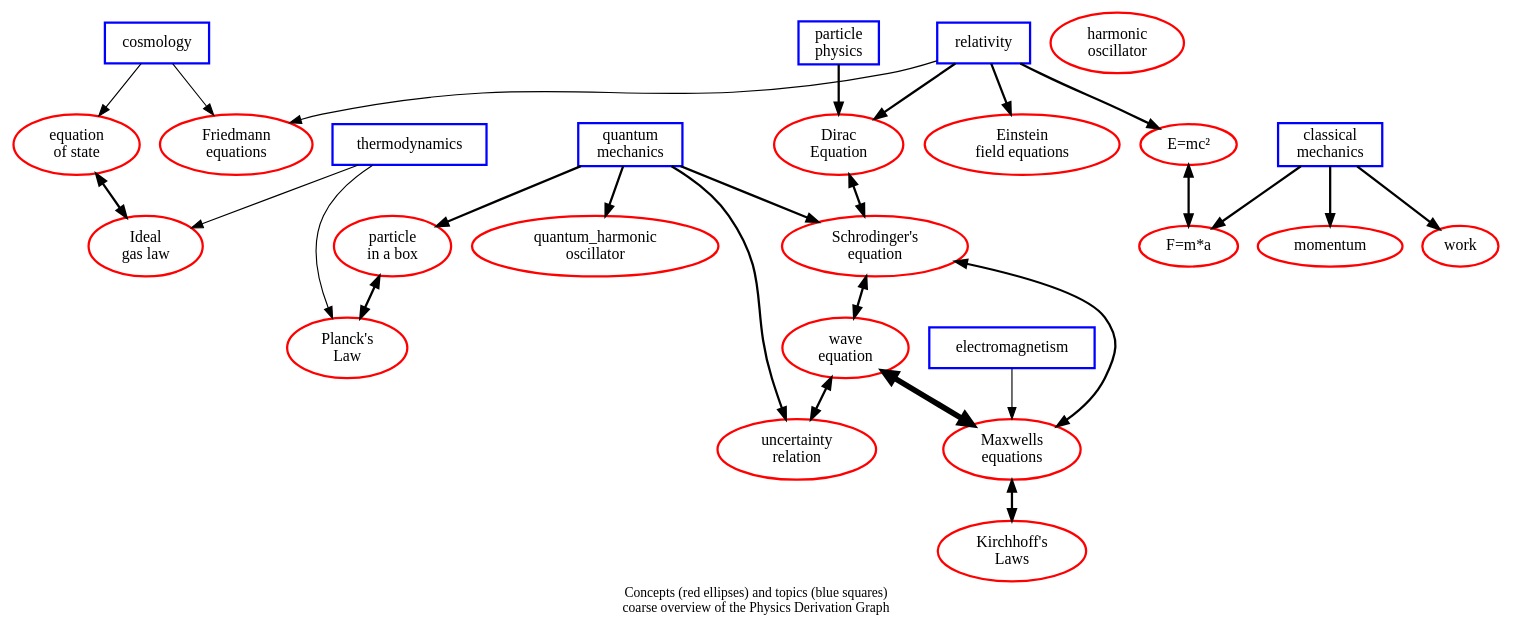
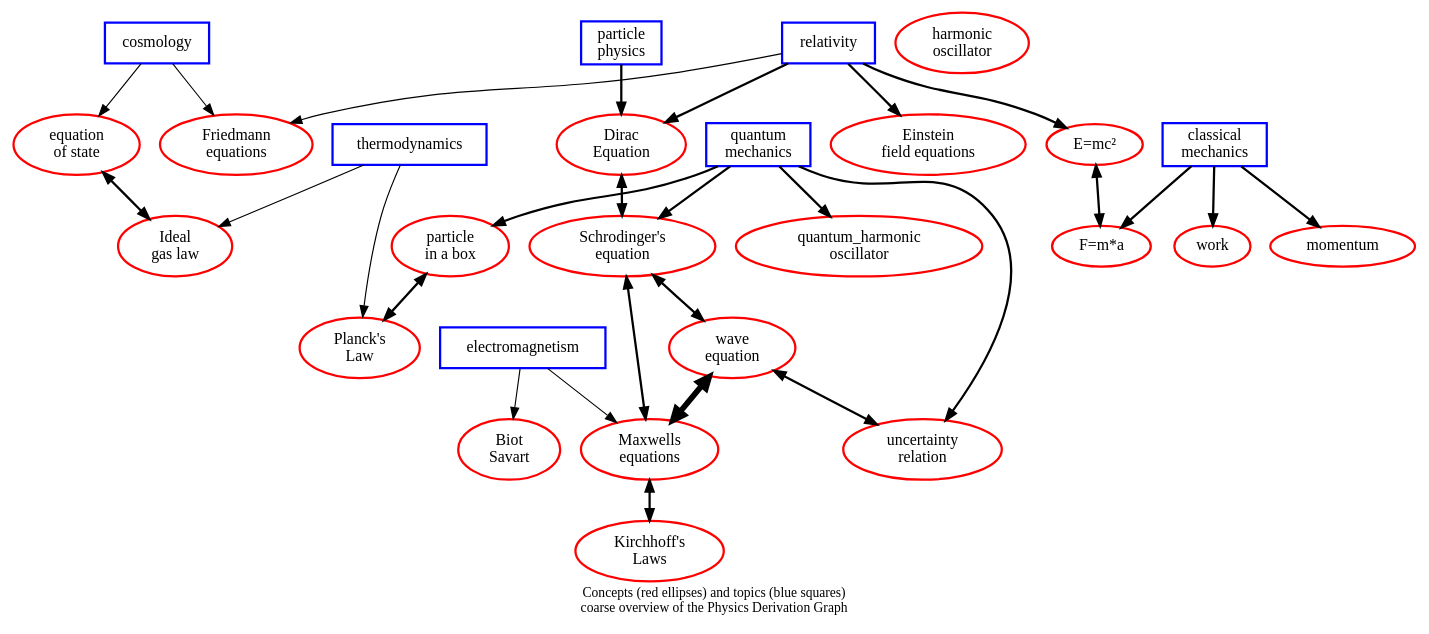
One commit to allofphysicsgraph/proofofconcept changed the diagram in site/sandbox/topic_and_concept_graph.gv. Above: the diagram before and after it, drawn with Graphviz. The commit also changed 5 other files, not shown here.

```diff
--- a/site/sandbox/topic_and_concept_graph.gv
+++ b/site/sandbox/topic_and_concept_graph.gv
@@ -1,65 +1,67 @@
 digraph topicsAndConcepts {
 node [shape=box,color=blue];  
 #  astronomy [label="astronomy"]; 
   cosmology           [                               penwidth=2,URL="https://en.wikipedia.org/wiki/Cosmology"]; 
   quantum_mechanics   [label="quantum\nmechanics",    penwidth=2,URL="https://en.wikipedia.org/wiki/Quantum_mechanics"]; 
   classical_mechanics [label="classical\nmechanics",  penwidth=2,URL="https://en.wikipedia.org/wiki/Classical_mechanics"]; 
   particle_physics    [label="particle\nphysics",     penwidth=2,URL="https://en.wikipedia.org/wiki/Particle_physics"]; 
   relativity          [                               penwidth=2,URL="https://en.wikipedia.org/wiki/Theory_of_relativity"]; 
   thermodynamics      [                               penwidth=2,URL="https://en.wikipedia.org/wiki/Thermodynamics"]; 
   electromagnetism    [                               penwidth=2,URL="https://en.wikipedia.org/wiki/Electromagnetism"]; 
 node [shape=ellipse,color=red]; 
   Schrodingers_equation    [label="Schrodinger's\nequation",  penwidth=2,URL="https://en.wikipedia.org/wiki/Schr%C3%B6dinger_equation"]; 
   particle_in_a_box        [label="particle\nin a box",       penwidth=2,URL="https://en.wikipedia.org/wiki/Particle_in_a_box"]; 
   work                     [                                  penwidth=2,URL="https://en.wikipedia.org/wiki/Work_(physics)"]; 
   "F=m*a"                  [                                  penwidth=2,URL="https://en.wikipedia.org/wiki/Newton%27s_laws_of_motion#Newton.27s_second_law"]; 
   harmonic_oscillator      [label="harmonic\noscillator",     penwidth=2,URL="https://en.wikipedia.org/wiki/Harmonic_oscillator"]; 
   quantum_harmonic_oscillator [label="quantum_harmonic\noscillator",penwidth=2,URL="https://en.wikipedia.org/wiki/Quantum_harmonic_oscillator"]; 
   momentum                 [                                  penwidth=2,URL="https://en.wikipedia.org/wiki/Momentum"]; 
   Dirac_equation           [label="Dirac\nEquation",          penwidth=2,URL="https://en.wikipedia.org/wiki/Dirac_equation"]; 
   uncertainty_relation     [label="uncertainty\nrelation",    penwidth=2,URL="https://en.wikipedia.org/wiki/Uncertainty_principle"];
   Maxwells_equations       [label="Maxwells\nequations",      penwidth=2,URL="https://en.wikipedia.org/wiki/Maxwell%27s_equations"];
+  Biot_Savart_law          [label="Biot\nSavart",             penwidth=2,URL="https://en.wikipedia.org/wiki/Biot%E2%80%93Savart_law"];
   Plancks_Law              [label="Planck's\nLaw",            penwidth=2,URL="https://en.wikipedia.org/wiki/Planck%27s_law"];
   Kirchhoffs_Laws          [label="Kirchhoff's\nLaws",        penwidth=2,URL="https://en.wikipedia.org/wiki/Kirchhoff%27s_circuit_laws"];
   wave_equation            [label="wave\nequation",           penwidth=2,URL="https://en.wikipedia.org/wiki/Wave_equation"];
   Friedmann_equations      [label="Friedmann\nequations",     penwidth=2,URL="https://en.wikipedia.org/wiki/Friedmann_equations"];
   Einstein_field_equations [label="Einstein\nfield equations",penwidth=2,URL="https://en.wikipedia.org/wiki/Einstein_field_equations"];
   Ideal_gas_law            [label="Ideal\ngas law",           penwidth=2,URL="https://en.wikipedia.org/wiki/Ideal_gas_law"];
   Cosmological_equation_of_state [label="equation\nof state", penwidth=2,URL="https://en.wikipedia.org/wiki/Equation_of_state_(cosmology)"];
   "E=mc2"                  [label="E=mc&#178;",                    penwidth=2,URL="https://en.wikipedia.org/wiki/Mass%E2%80%93energy_equivalence"];
 
 quantum_mechanics->quantum_harmonic_oscillator [penwidth=2,URL=""];
 quantum_mechanics->Schrodingers_equation       [penwidth=2,URL=""];
 quantum_mechanics->particle_in_a_box           [penwidth=2,URL=""];
 quantum_mechanics->uncertainty_relation        [penwidth=2,URL=""];
 classical_mechanics->work                      [penwidth=2,URL=""];
 classical_mechanics->"F=m*a"                   [penwidth=2,URL=""];
 classical_mechanics->momentum                  [penwidth=2,URL=""];
 particle_physics->Dirac_equation               [penwidth=2,URL=""];
 relativity->Dirac_equation                     [penwidth=2,URL="https://en.wikipedia.org/wiki/Dirac_equation"];
 relativity->"E=mc2"                            [penwidth=2,URL="https://en.wikipedia.org/wiki/Mass%E2%80%93energy_equivalence"];
 thermodynamics->Plancks_Law;
 thermodynamics->Ideal_gas_law;
 electromagnetism->Maxwells_equations;
+electromagnetism->Biot_Savart_law;
 cosmology->Friedmann_equations;
 cosmology->Cosmological_equation_of_state;
 relativity->Friedmann_equations;
 relativity->Einstein_field_equations           [penwidth=2,URL="https://en.wikipedia.org/wiki/Mathematics_of_general_relativity#The_Einstein_field_equations"];
 
 Cosmological_equation_of_state->Ideal_gas_law [dir=both,penwidth=2,URL="https://en.wikipedia.org/wiki/Equation_of_state_(cosmology)"];
-"E=mc2"->"F=m*a"                              [dir=both,penwidth=2,URL="http://www.mrelativity.net/relationshipef/the_relationship_between_e_and_f_p1.htm"]; # also http://www.emc2-explained.info/Emc2/Deriving.htm
+"E=mc2"->"F=m*a"                              [dir=both,penwidth=2,URL="http://www.emc2-explained.info/Emc2/Deriving.htm"];
 Dirac_equation->Schrodingers_equation         [dir=both,penwidth=2,URL="http://allofphysicsgraph.github.io/proofofconcept/reference_articles/derivations/2013_Boyd_Dirac_Equation.pdf"]; # also derivation_of_schrodinger_and_dirac_equations.pdf
 Schrodingers_equation->wave_equation          [dir=both,penwidth=2,URL="http://allofphysicsgraph.github.io/proofofconcept/reference_articles/derivations/2006_Ward_How_to_derive_the_schrodinger_equation.pdf"]; 
 wave_equation->uncertainty_relation           [dir=both,penwidth=2,URL="http://allofphysicsgraph.github.io/proofofconcept/reference_articles/derivations/2010_Kessler_derivation_of_heisenberg_uncertainty_principle.pdf"]; # also derivation_of_heisenberg_uncertainty_principle.pdf
 particle_in_a_box->Plancks_Law                [dir=both,penwidth=2,URL="http://allofphysicsgraph.github.io/proofofconcept/reference_articles/derivations/derivation_of_plank_formula.pdf"]; 
 wave_equation->Maxwells_equations             [dir=both,penwidth=5,pencolor=red,URL="http://allofphysicsgraph.github.io/proofofconcept/site/derivations_generated_from_project/maxwell_to_electric_field_wave_equation.html"];
 Maxwells_equations->Kirchhoffs_Laws           [dir=both,penwidth=2,URL="http://allofphysicsgraph.github.io/proofofconcept/reference_articles/derivations/derivation_of_kirchhoffs_laws.pdf"]; 
 Schrodingers_equation->Maxwells_equations     [dir=both,penwidth=2,URL="http://allofphysicsgraph.github.io/proofofconcept/reference_articles/derivations/2006_Ward_How_to_derive_the_schrodinger_equation.pdf"]; 
 
 overlap=false
 label="Concepts (red ellipses) and topics (blue squares)\ncoarse overview of the Physics Derivation Graph"
 fontsize=12;
 }
 
 # neato -Tsvg topic_and_concept_graph.gv > file.svg
 # neato -Tpng topic_and_concept_graph.gv > file.png
```
